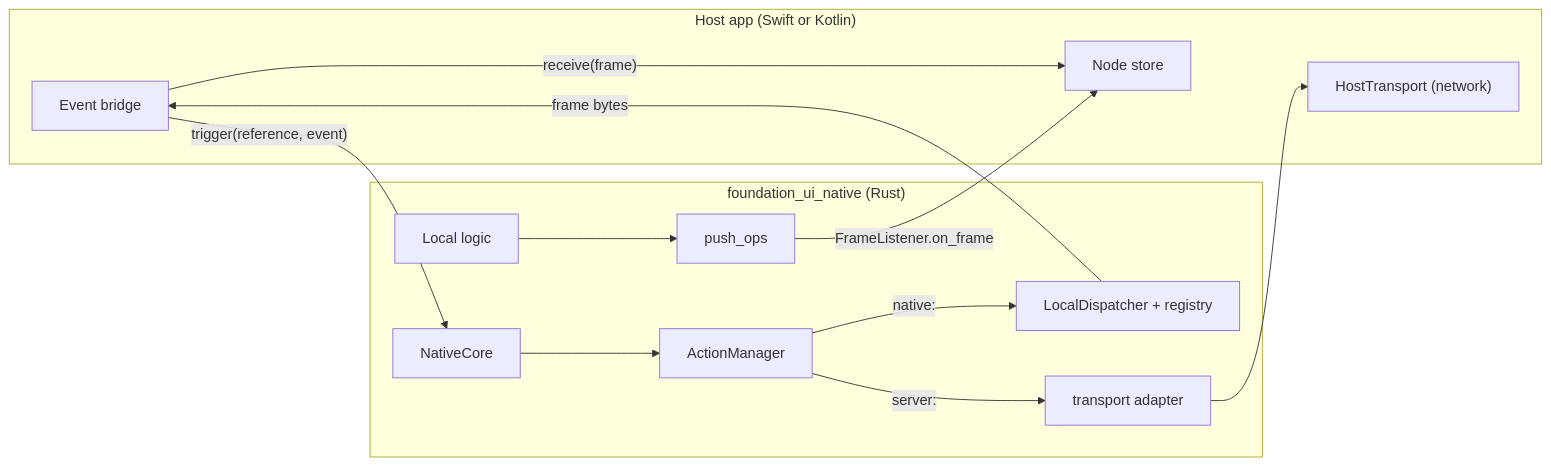
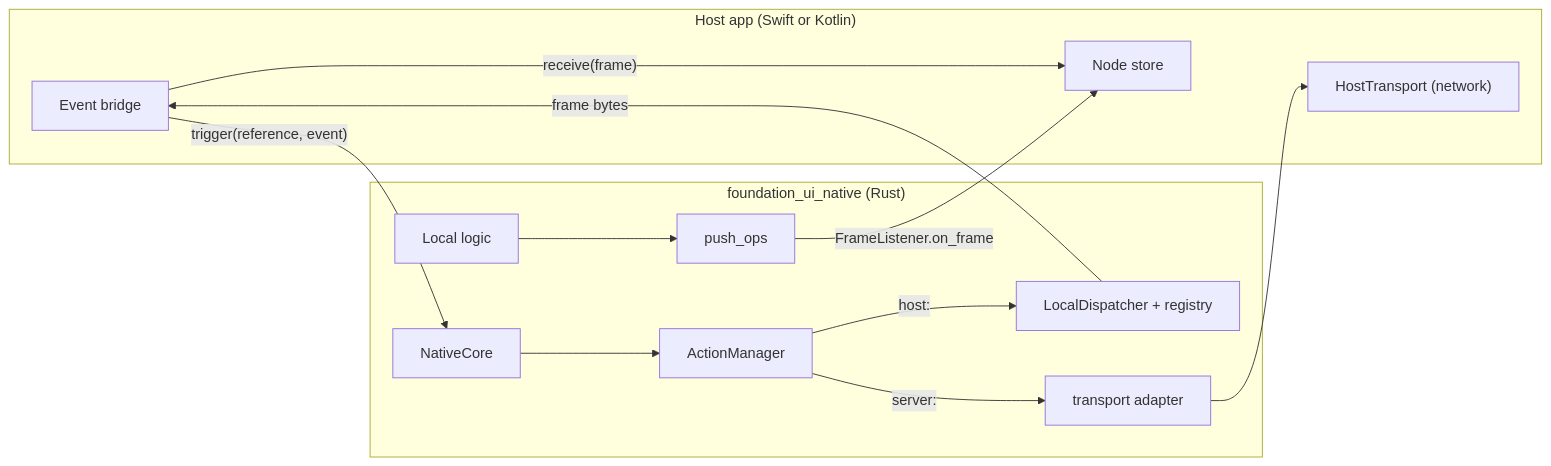
One commit to ewe-studios/ewe_platform changed the diagram in specifications/69-foundation-ui-v2/features/13-native-core-and-commands/feature.md. Above: the diagram before and after it, drawn with Mermaid. The commit also changed other lines of this file and 21 other files, not shown here.

````diff
--- a/specifications/69-foundation-ui-v2/features/13-native-core-and-commands/feature.md
+++ b/specifications/69-foundation-ui-v2/features/13-native-core-and-commands/feature.md
@@ -213,19 +219,19 @@
 ```mermaid
 flowchart LR
     subgraph HOST["Host app (Swift or Kotlin)"]
         EB["Event bridge"]
         ST["Node store"]
         HT["HostTransport (network)"]
     end
     subgraph CORE["foundation_ui_native (Rust)"]
         NC["NativeCore"] --> AM["ActionManager"]
-        AM -->|"native:"| LD["LocalDispatcher + registry"]
+        AM -->|"host:"| LD["LocalDispatcher + registry"]
         AM -->|"server:"| AD["transport adapter"]
         LL["Local logic"] --> PO["push_ops"]
     end
     EB -->|"trigger(reference, event)"| NC
     AD --> HT
     LD -->|"frame bytes"| EB
     PO -->|"FrameListener.on_frame"| ST
     EB -->|"receive(frame)"| ST
 ```
````
